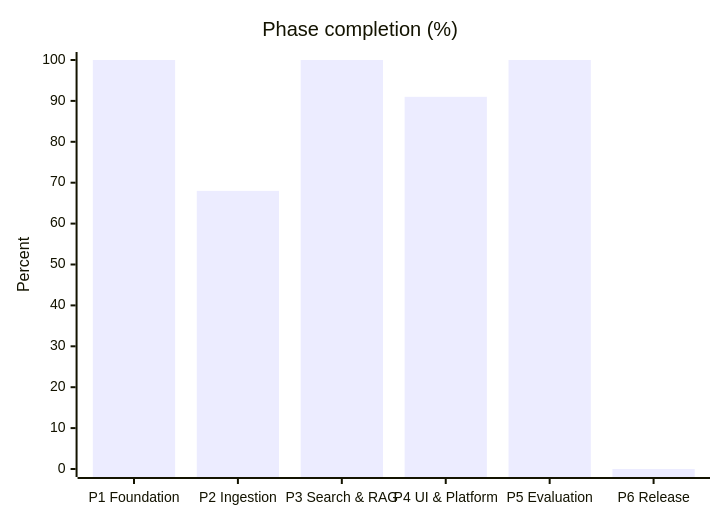
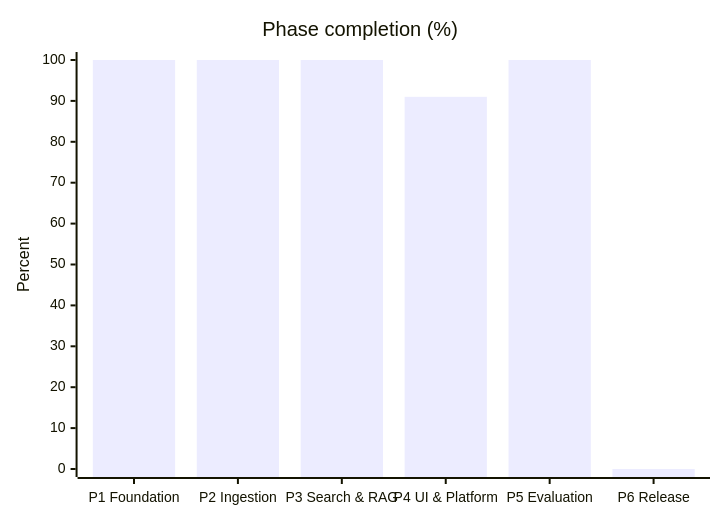
One commit to artis2021/Drishti changed the diagram in docs/IMPLEMENTATION_STATUS.md. Above: the diagram before and after it, drawn with Mermaid. The commit also changed other lines of this file and 5 other files, not shown here.

````diff
--- a/docs/IMPLEMENTATION_STATUS.md
+++ b/docs/IMPLEMENTATION_STATUS.md
@@ -34,7 +34,7 @@
 ```mermaid
 xychart-beta
     title "Phase completion (%)"
     x-axis ["P1 Foundation", "P2 Ingestion", "P3 Search & RAG", "P4 UI & Platform", "P5 Evaluation", "P6 Release"]
     y-axis "Percent" 0 --> 100
-    bar [100, 68, 100, 91, 100, 0]
+    bar [100, 100, 100, 91, 100, 0]
 ```
````
